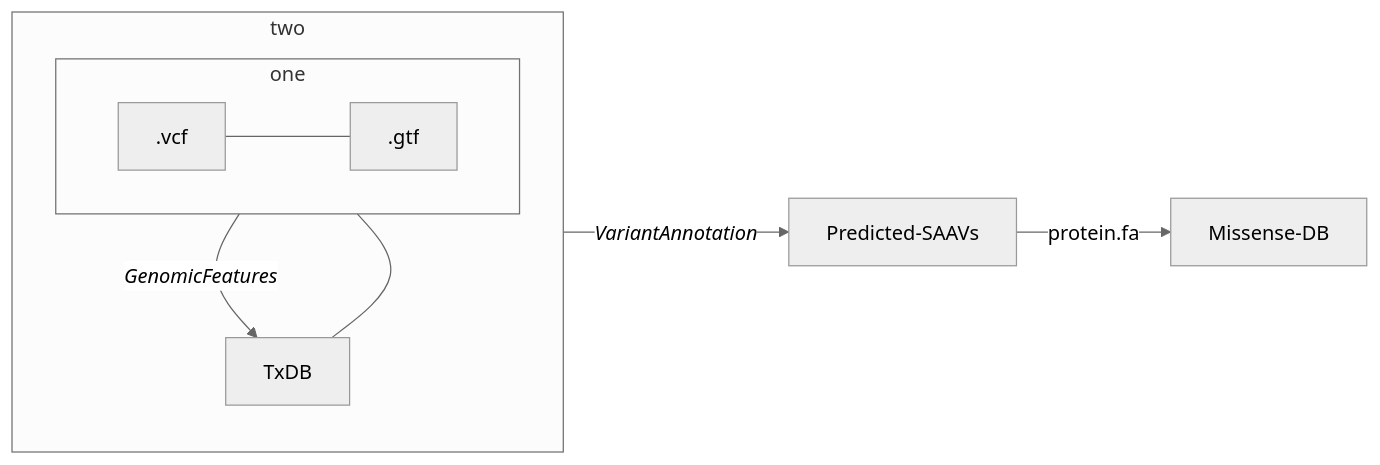
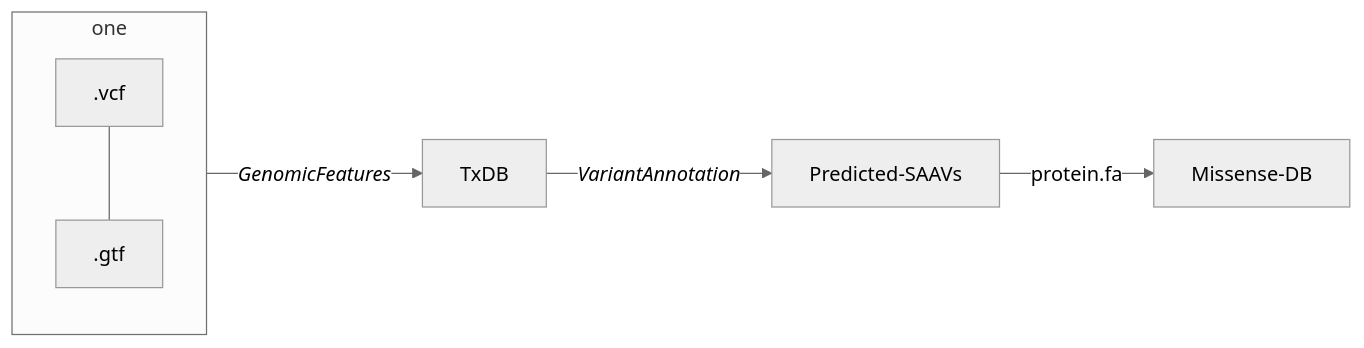
Before and after one commit to hdesai17/chemoproteogenomics: the diagram in README.md, drawn with Mermaid (neutral theme).

````diff
--- a/README.md
+++ b/README.md
@@ -19,13 +19,10 @@
 ```mermaid
 
 flowchart LR;
    subgraph one
    .vcf---.gtf
    end
    one-->|<i>GenomicFeatures<i>|TxDB
-   subgraph two
-   one---TxDB
-   end
-   two-->|<i>VariantAnnotation<i>|Predicted-SAAVs
+   TxDB-->|<i>VariantAnnotation<i>|Predicted-SAAVs
    Predicted-SAAVs-->|protein.fa|Missense-DB;
 ```
````
